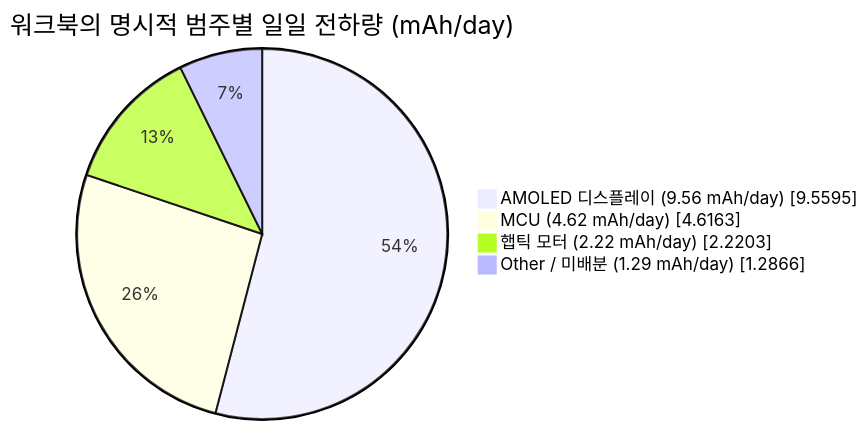
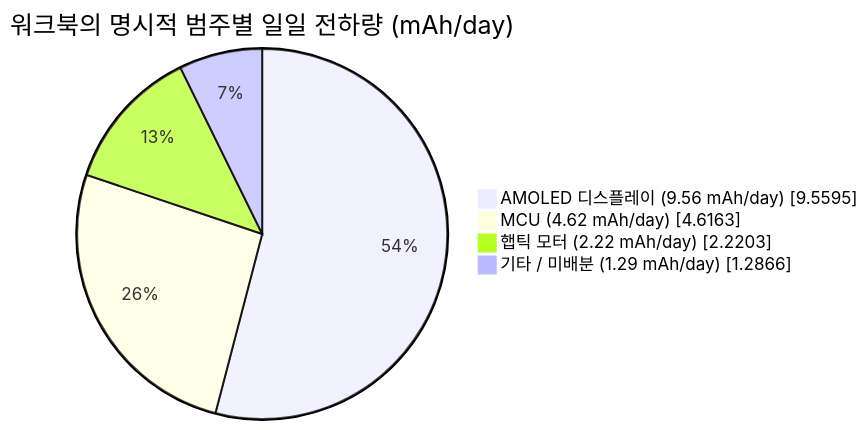
The third of 4 diagrams in docs_ko/learn/low-power/smartwatch-power-profiling.md (uForge-io/uforge-site), drawn with Mermaid before and after one commit. The commit also changed other lines of this file and 500 other files, not shown here.

````diff
--- a/docs_ko/learn/low-power/smartwatch-power-profiling.md
+++ b/docs_ko/learn/low-power/smartwatch-power-profiling.md
@@ -241,8 +241,8 @@
 ```mermaid
 pie showData
     title 워크북의 명시적 범주별 일일 전하량 (mAh/day)
     "AMOLED 디스플레이 (9.56 mAh/day)" : 9.5595
     "MCU (4.62 mAh/day)" : 4.6163
     "햅틱 모터 (2.22 mAh/day)" : 2.2203
-    "Other / 미배분 (1.29 mAh/day)" : 1.2866
+    "기타 / 미배분 (1.29 mAh/day)" : 1.2866
 ```
````
